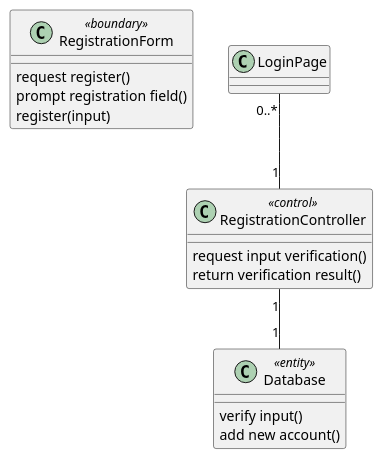
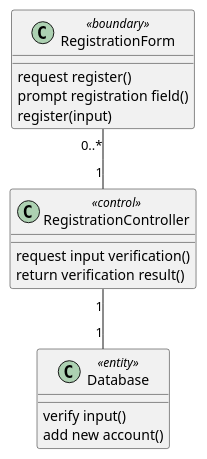
The second of 4 diagrams in source/solution/use-case-analysis.rst (McSinyx/ipppi), drawn with PlantUML before and after one commit.

Commit message:
Fix register use case VoPC

```diff
--- a/source/solution/use-case-analysis.rst
+++ b/source/solution/use-case-analysis.rst
@@ -47,20 +47,20 @@
 .. uml::
 
    class RegistrationForm <<boundary>> {
       request register()
       prompt registration field()
       register(input)
    }
 
    class RegistrationController <<control>> {
       request input verification()      
       return verification result()
    }
 
    class Database <<entity>> {
       verify input()
       add new account()
    }
 
-   LoginPage "0..*" -- "1" RegistrationController
+   RegistrationForm "0..*" -- "1" RegistrationController
    RegistrationController "1" -- "1" Database
```
